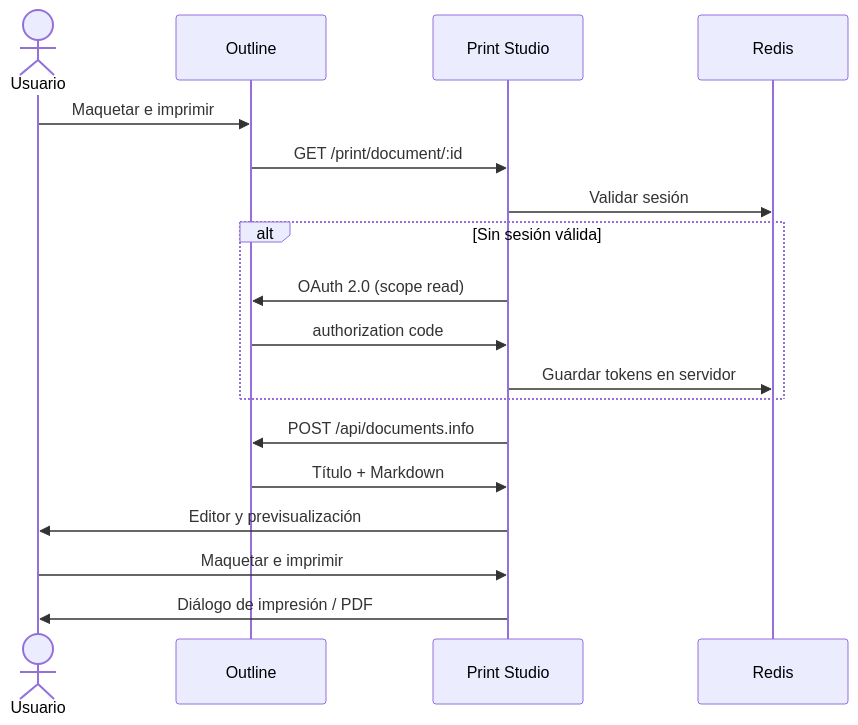
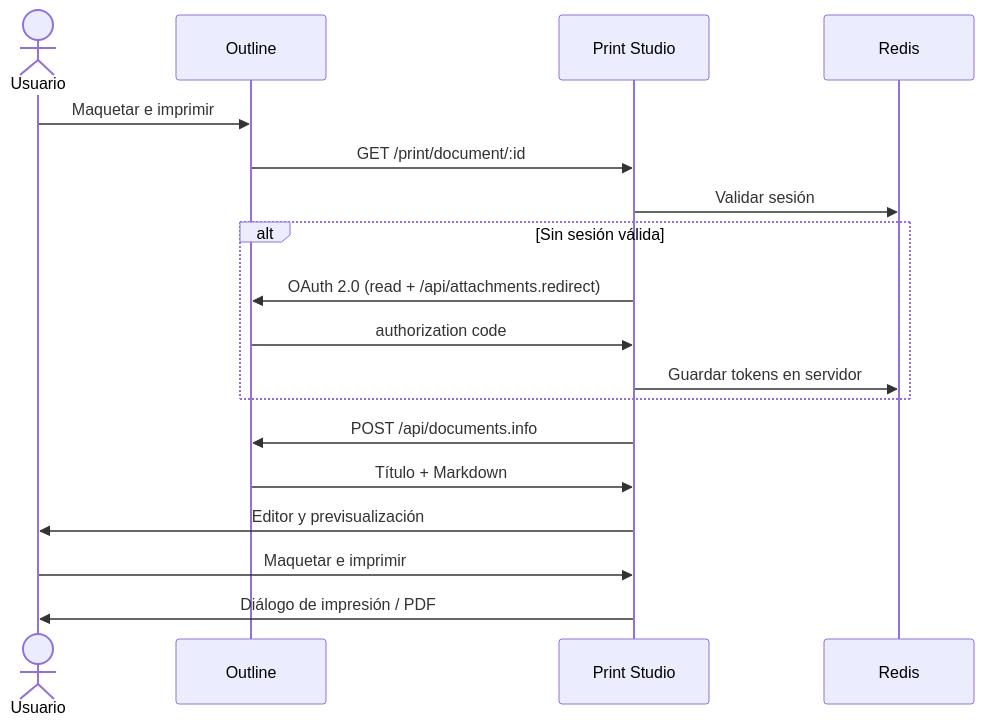
The diagram in README.md (javij98/markdown-printer), drawn with Mermaid before and after one commit. The commit also changed other lines of this file and 50 other files, not shown here.

````diff
--- a/README.md
+++ b/README.md
@@ -46,21 +48,21 @@
 ```mermaid
 sequenceDiagram
     actor U as Usuario
     participant O as Outline
     participant P as Print Studio
     participant R as Redis
 
     U->>O: Maquetar e imprimir
     O->>P: GET /print/document/:id
     P->>R: Validar sesión
     alt Sin sesión válida
-        P->>O: OAuth 2.0 (scope read)
+        P->>O: OAuth 2.0 (read + /api/attachments.redirect)
         O->>P: authorization code
         P->>R: Guardar tokens en servidor
     end
     P->>O: POST /api/documents.info
     O->>P: Título + Markdown
     P->>U: Editor y previsualización
     U->>P: Maquetar e imprimir
     P->>U: Diálogo de impresión / PDF
 ```
````
